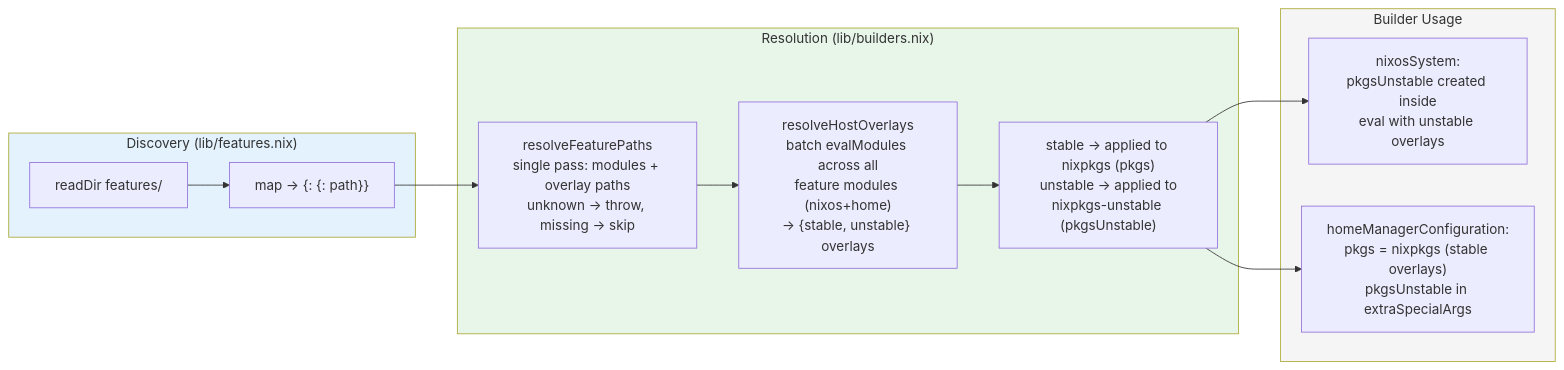
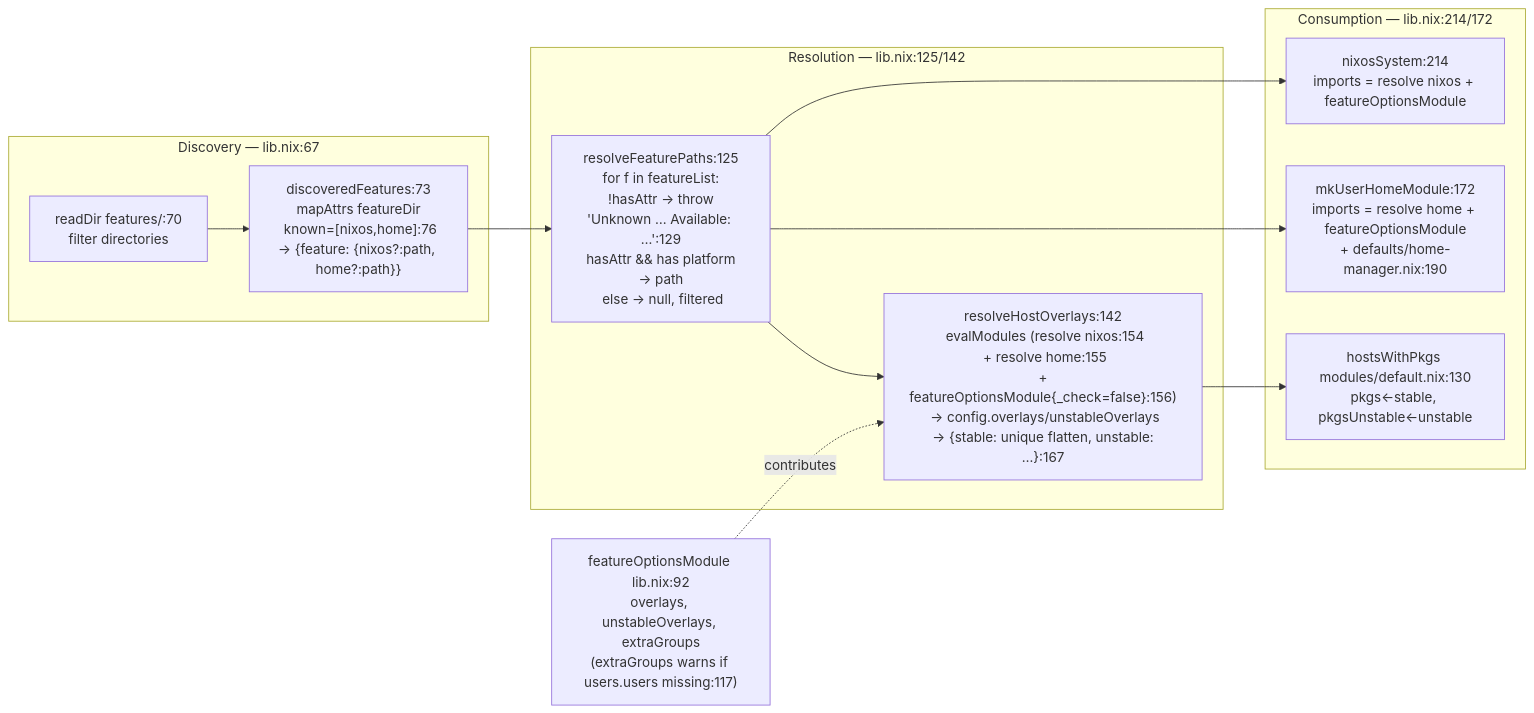
One commit to WombatFromHell/automatic-palm-tree changed the fourth of 7 diagrams in DESIGN.md. Above: the diagram before and after it, drawn with Mermaid. The commit also changed other lines of this file, not shown here.

````diff
--- a/DESIGN.md
+++ b/DESIGN.md
@@ -187,29 +128,21 @@
 ```mermaid
 flowchart LR
-    subgraph Discover ["Discovery (lib/features.nix)"]
-        scan["readDir features/"]
-        map["map → {<feature>: {<platform>: path}}"]
+    subgraph Discover ["Discovery — lib.nix:67"]
+        scan["readDir features/:70\nfilter directories"] --> map["discoveredFeatures:73\nmapAttrs featureDir\n known=[nixos,home]:76\n→ {feature: {nixos?:path, home?:path}}"]
     end
+    subgraph Resolve ["Resolution — lib.nix:125/142"]
+        resolve["resolveFeaturePaths:125\nfor f in featureList:\n !hasAttr → throw 'Unknown … Available: …':129\n hasAttr && has platform → path\n else → null, filtered"]
+        collect["resolveHostOverlays:142\n evalModules (resolve nixos:154\n + resolve home:155\n + featureOptionsModule{_check=false}:156)\n → config.overlays/unstableOverlays\n → {stable: unique flatten, unstable: …}:167"]
+        resolve --> collect
+    end
+    subgraph Consume ["Consumption — lib.nix:214/172"]
+        nixosUse["nixosSystem:214\nimports = resolve nixos + featureOptionsModule"]
+        hmUse["mkUserHomeModule:172\nimports = resolve home + featureOptionsModule\n+ defaults/home-manager.nix:190"]
+        pkgsUse["hostsWithPkgs modules/default.nix:130\npkgs←stable, pkgsUnstable←unstable"]
+    end
+    map --> resolve
+    collect --> pkgsUse
+    resolve --> nixosUse & hmUse
 
-    subgraph HostCtx ["Resolution (lib/builders.nix)"]
-        validate["resolveFeaturePaths\nsingle pass: modules + overlay paths\nunknown → throw, missing → skip"]
-        overlays["resolveHostOverlays\nbatch evalModules across all\nfeature modules (nixos+home)\n→ {stable, unstable} overlays"]
-        ctxOut["stable → applied to nixpkgs (pkgs)\nunstable → applied to\nnixpkgs-unstable (pkgsUnstable)"]
-    end
-
-    subgraph Builders ["Builder Usage"]
-        nixosFeat["nixosSystem:\npkgsUnstable created inside\neval with unstable overlays"]
-        hmFeat["homeManagerConfiguration:\npkgs = nixpkgs (stable overlays)\npkgsUnstable in extraSpecialArgs"]
-    end
-
-    scan --> map
-
-    map --> validate --> overlays --> ctxOut
-
-    ctxOut --> nixosFeat
-    ctxOut --> hmFeat
-
-    style Discover fill:#e3f2fd
-    style HostCtx fill:#e8f5e9
-    style Builders fill:#f5f5f5
+    featOpt["featureOptionsModule lib.nix:92\noverlays, unstableOverlays, extraGroups\n(extraGroups warns if users.users missing:117)"] -. contributes .-> collect
 ```
````
